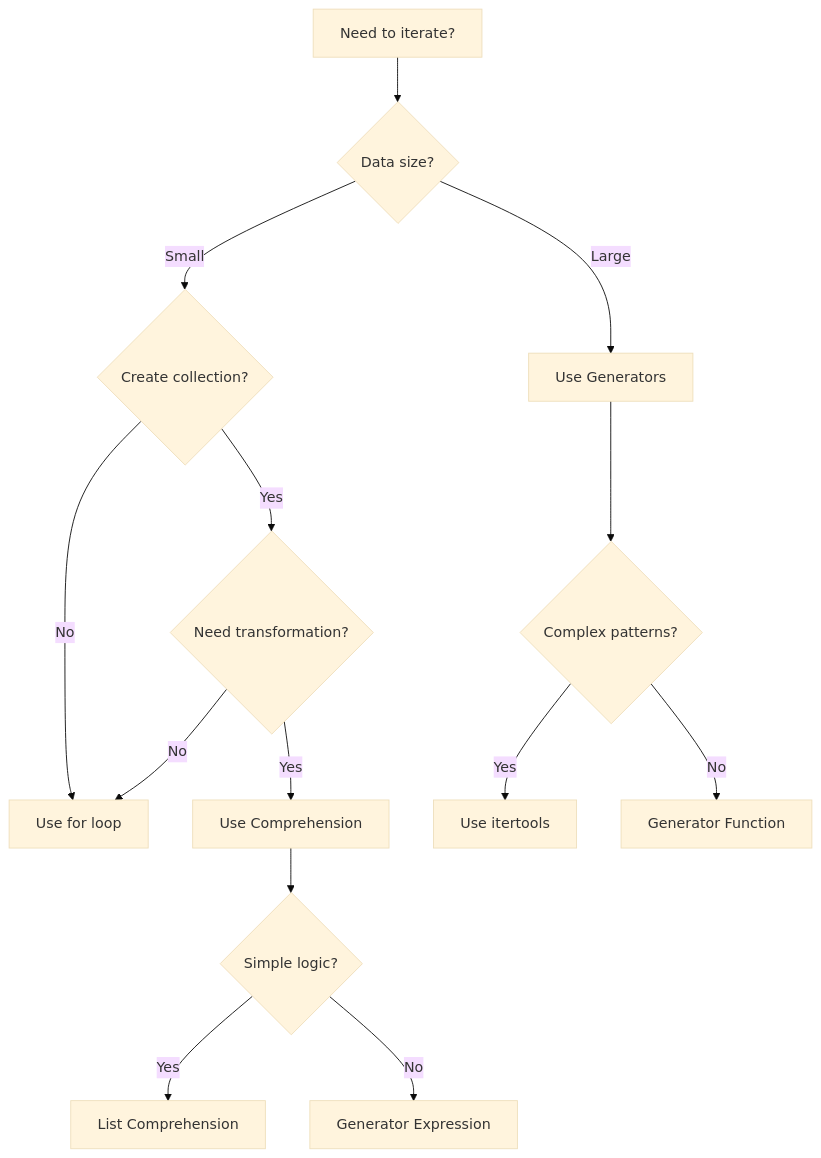
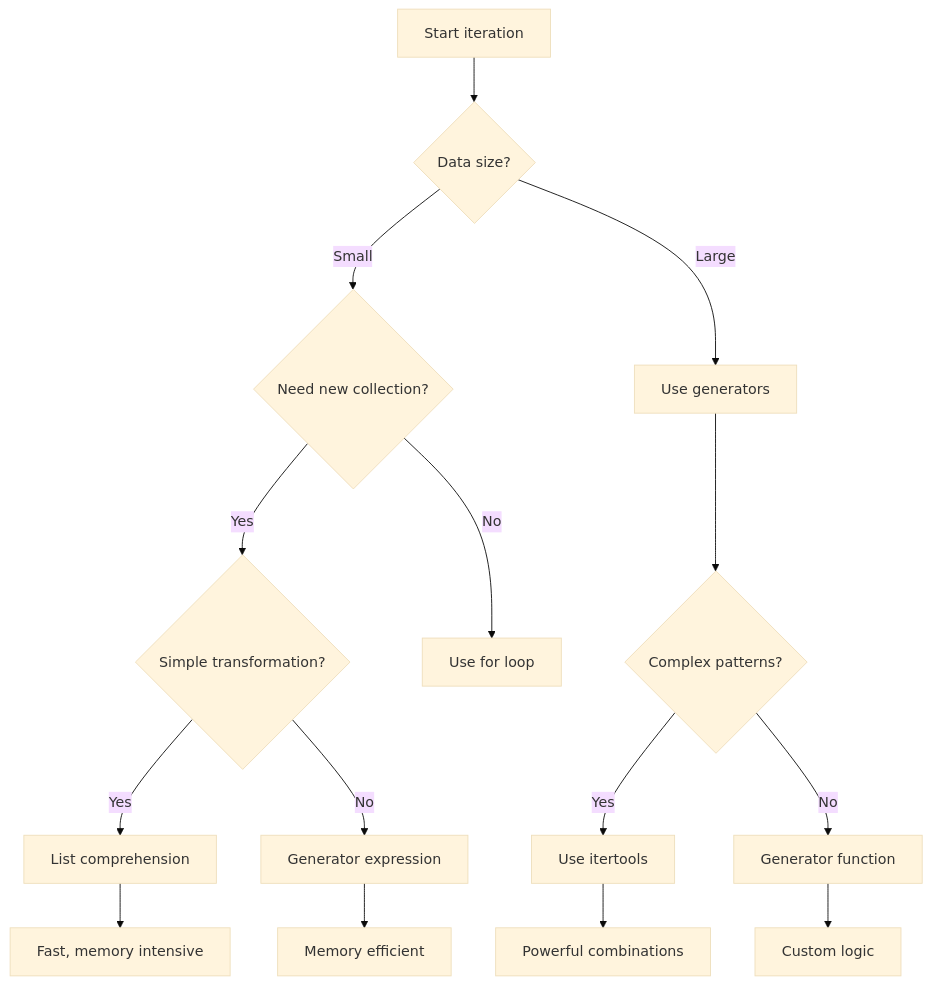
Before and after one commit to whereq/whereq.github.io-hexo: the sixth of 6 diagrams in source/_posts/Python-Looping-Iterators-The-Comprehensive-Guide.md, drawn with Mermaid (base theme). The commit also changed other lines of this file, not shown here.

````diff
--- a/source/_posts/Python-Looping-Iterators-The-Comprehensive-Guide.md
+++ b/source/_posts/Python-Looping-Iterators-The-Comprehensive-Guide.md
@@ -698,20 +707,21 @@
 ```mermaid
-graph TD
-    Start[Need to iterate?] --> Small{Data size?}
-    Small -->|Small| Create{Create collection?}
-    Small -->|Large| Lazy[Use Generators]
+flowchart TD
+    A[Start iteration] --> B{Data size?}
+    B -->|Small| C{Need new collection?}
+    B -->|Large| D[Use generators]
     
-    Create -->|Yes| Transform{Need transformation?}
-    Create -->|No| Loop[Use for loop]
+    C -->|Yes| E{Simple transformation?}
+    C -->|No| F[Use for loop]
     
-    Transform -->|Yes| Comp[Use Comprehension]
-    Transform -->|No| Loop
+    E -->|Yes| G[List comprehension]
+    E -->|No| H[Generator expression]
     
-    Comp --> Simple{Simple logic?}
-    Simple -->|Yes| LC[List Comprehension]
-    Simple -->|No| GenExp[Generator Expression]
+    D --> I{Complex patterns?}
+    I -->|Yes| J[Use itertools]
+    I -->|No| K[Generator function]
     
-    Lazy --> IOTools{Complex patterns?}
-    IOTools -->|Yes| Itertools[Use itertools]
-    IOTools -->|No| GenFunc[Generator Function]
+    G --> L[Fast, memory intensive]
+    H --> M[Memory efficient]
+    J --> N[Powerful combinations]
+    K --> O[Custom logic]
 ```
````
